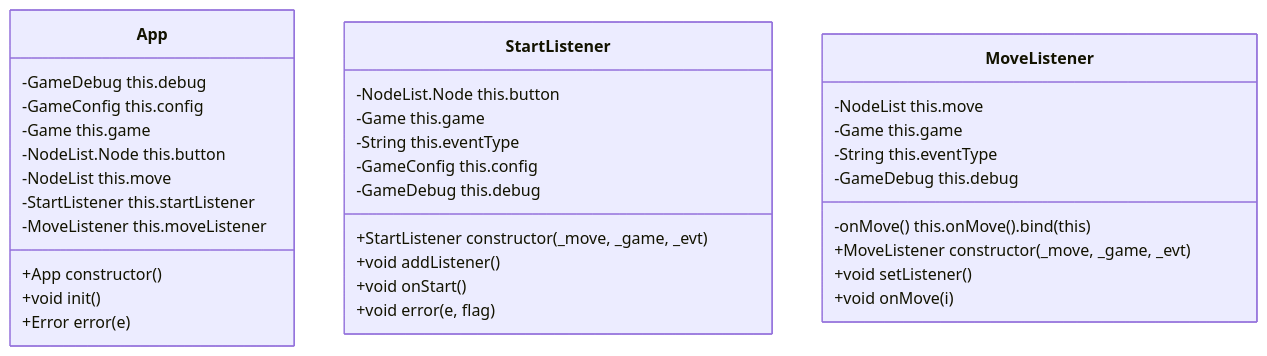
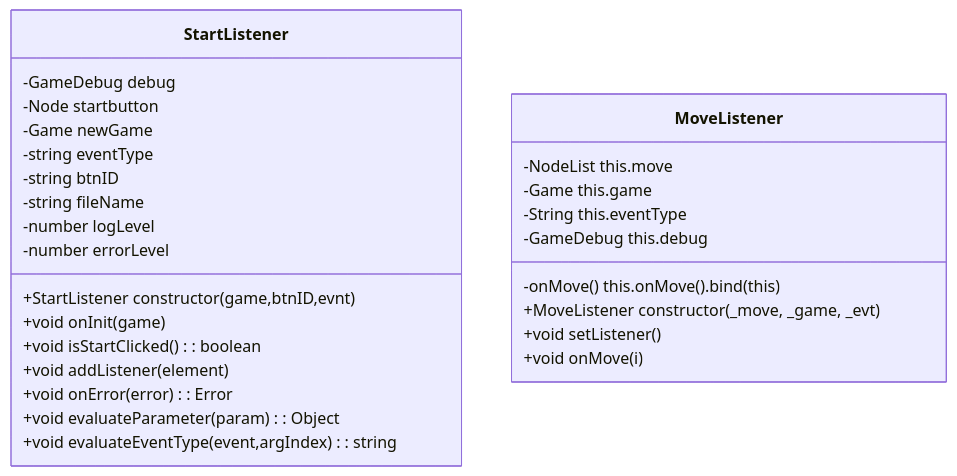
The fifth of 7 diagrams in README.md (Code-Institute-Submissions/terni-lapilli--toe), drawn with Mermaid before and after one commit. The commit also changed other lines of this file and 1 other file, not shown here.

````diff
--- a/README.md
+++ b/README.md
@@ -280,36 +338,30 @@
 ```mermaid
 classDiagram
-    class App{
-        -GameDebug this.debug
-        -GameConfig this.config
-        -Game this.game
-        -NodeList.Node this.button
-        -NodeList this.move
-        -StartListener this.startListener
-        -MoveListener this.moveListener
-        +App constructor()
-        +void init()
-        +Error error(e)
-    }
-    class StartListener{
-        -NodeList.Node this.button
-        -Game this.game
-        -String this.eventType
-        -GameConfig this.config
-        -GameDebug this.debug
-        +StartListener constructor(_move, _game, _evt)
-        +void addListener()
-        +void onStart()
-        +void error(e, flag)
+   class StartListener{
+        -GameDebug debug
+        -Node startbutton
+        -Game newGame
+        -string eventType
+        -string btnID
+        -string fileName
+        -number logLevel
+        -number errorLevel
+        +StartListener constructor(game,btnID,evnt)
+        +void onInit(game)
+        +void isStartClicked(): boolean
+        +void addListener(element)
+        +void onError(error): Error
+        +void evaluateParameter(param): Object
+        +void evaluateEventType(event,argIndex): string
     }
     class MoveListener{
         -NodeList this.move
         -Game this.game
         -String this.eventType
         -onMove() this.onMove().bind(this)
         -GameDebug this.debug
         +MoveListener constructor(_move, _game, _evt)
         +void setListener()
         +void onMove(i)
     }
 ```
````
